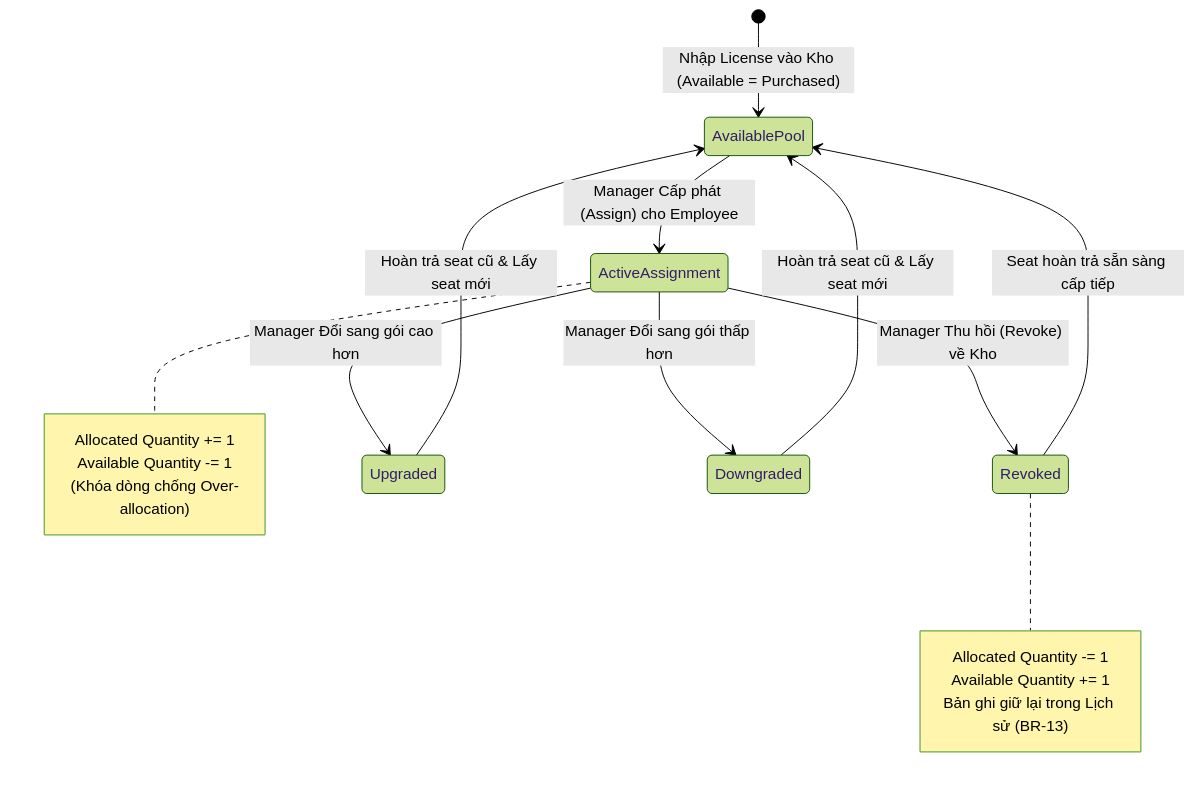
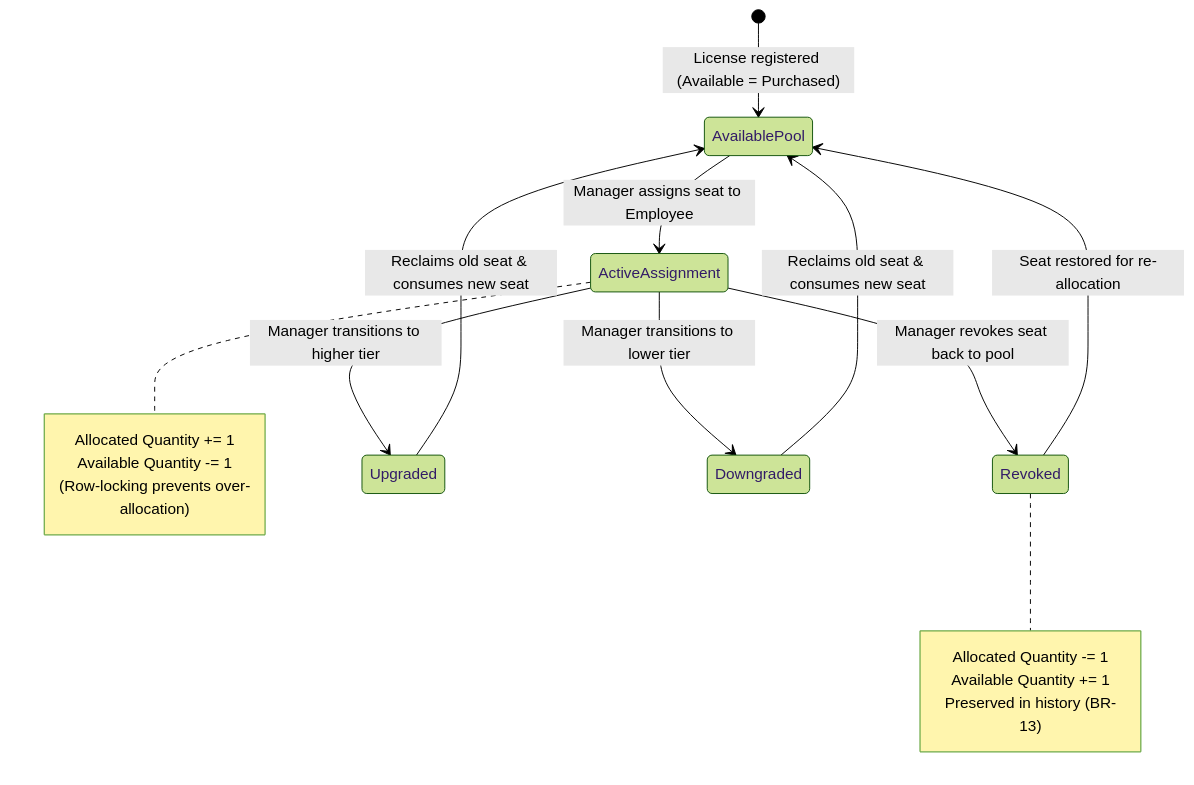
One commit to cuonglpv/VFast changed the tenth of 12 diagrams in docs/04-information-architecture-manager.md. Above: the diagram before and after it, drawn with Mermaid (forest theme). The commit also changed other lines of this file, not shown here.

Commit message:
docs: translate manager IA to English and fix Mermaid diagrams in 3.4 and 4.3

````diff
--- a/docs/04-information-architecture-manager.md
+++ b/docs/04-information-architecture-manager.md
@@ -859,25 +650,25 @@
 ```mermaid
 stateDiagram-v2
-    [*] --> AvailablePool: Nhập License vào Kho (Available = Purchased)
+    [*] --> AvailablePool: License registered (Available = Purchased)
     
-    AvailablePool --> ActiveAssignment: Manager Cấp phát (Assign) cho Employee
+    AvailablePool --> ActiveAssignment: Manager assigns seat to Employee
     note right of ActiveAssignment
         Allocated Quantity += 1
         Available Quantity -= 1
-        (Khóa dòng chống Over-allocation)
+        (Row-locking prevents over-allocation)
     end note
     
-    ActiveAssignment --> Revoked: Manager Thu hồi (Revoke) về Kho
+    ActiveAssignment --> Revoked: Manager revokes seat back to pool
     note right of Revoked
         Allocated Quantity -= 1
         Available Quantity += 1
-        Bản ghi giữ lại trong Lịch sử (BR-13)
+        Preserved in history (BR-13)
     end note
     
-    Revoked --> AvailablePool: Seat hoàn trả sẵn sàng cấp tiếp
+    Revoked --> AvailablePool: Seat restored for re-allocation
     
-    ActiveAssignment --> Upgraded: Manager Đổi sang gói cao hơn
-    ActiveAssignment --> Downgraded: Manager Đổi sang gói thấp hơn
-    Upgraded --> AvailablePool: Hoàn trả seat cũ & Lấy seat mới
-    Downgraded --> AvailablePool: Hoàn trả seat cũ & Lấy seat mới
+    ActiveAssignment --> Upgraded: Manager transitions to higher tier
+    ActiveAssignment --> Downgraded: Manager transitions to lower tier
+    Upgraded --> AvailablePool: Reclaims old seat & consumes new seat
+    Downgraded --> AvailablePool: Reclaims old seat & consumes new seat
 ```
````
